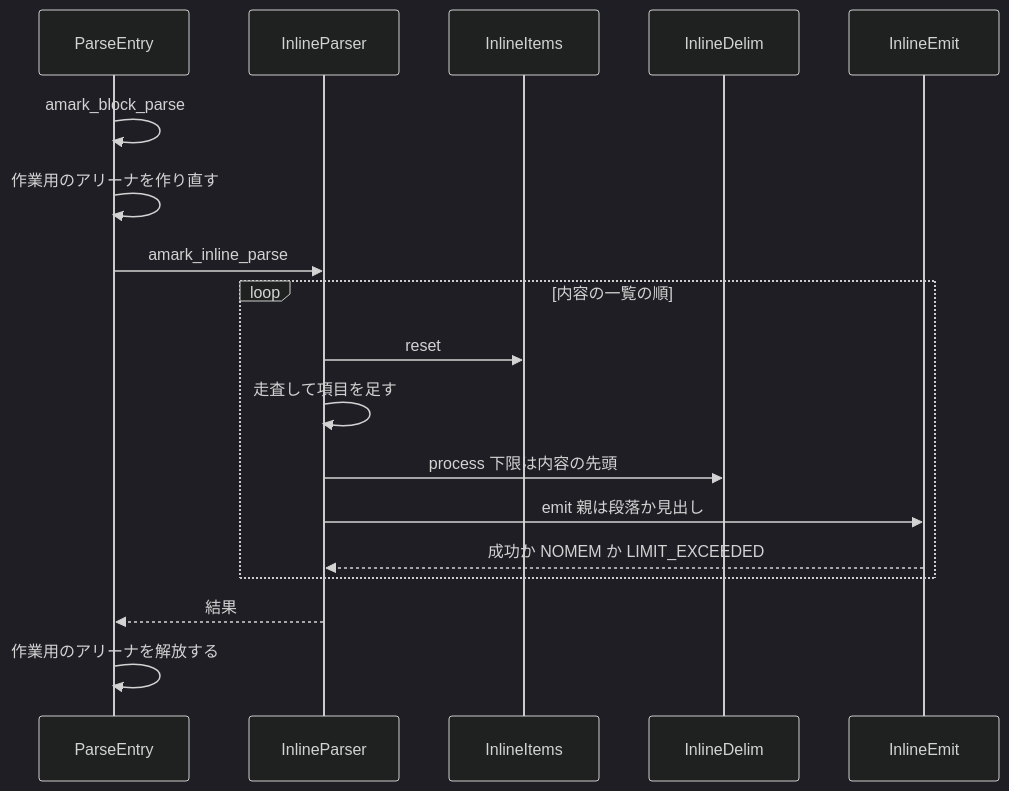
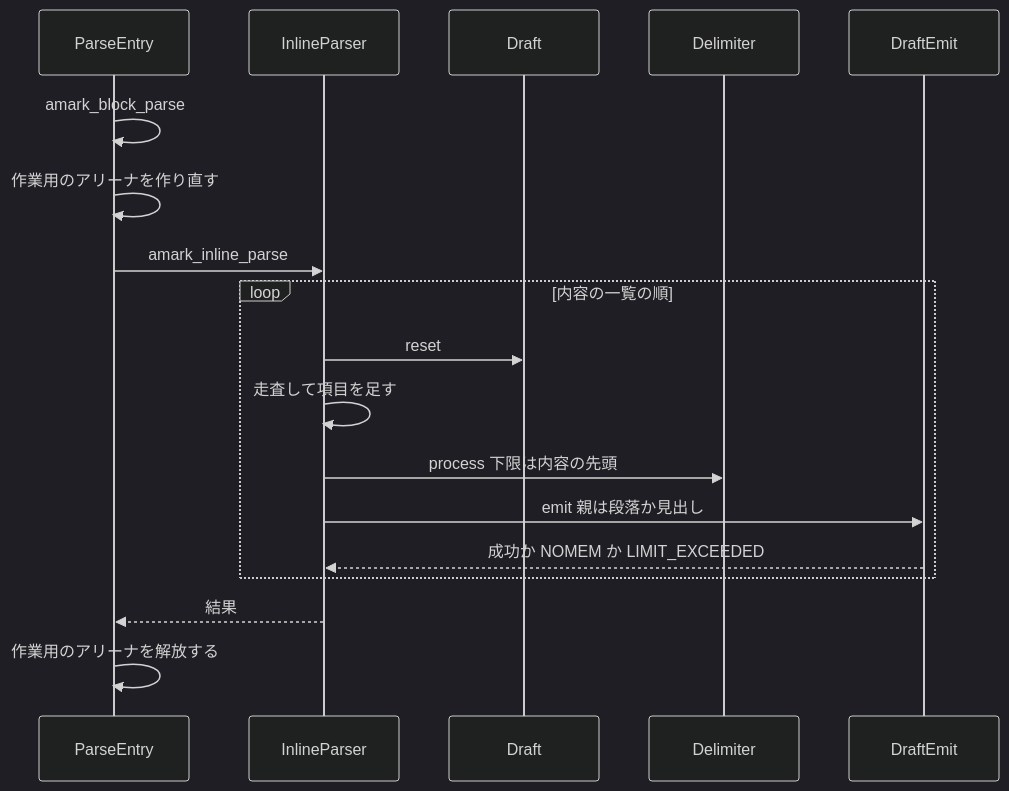
One commit to ktdevx/amark-private changed the second of 3 diagrams in .kiro/specs/inline-parser/design.md. Above: the diagram before and after it, drawn with Mermaid (dark theme). The commit also changed other lines of this file and 1 other file, not shown here.

First line of the commit message:
spec(inline-parser): ソースファイルの名前を既存のものにそろえる

````diff
--- a/.kiro/specs/inline-parser/design.md
+++ b/.kiro/specs/inline-parser/design.md
@@ -229,20 +226,20 @@
 ```mermaid
 sequenceDiagram
     participant P as ParseEntry
     participant I as InlineParser
-    participant T as InlineItems
-    participant D as InlineDelim
-    participant E as InlineEmit
+    participant T as Draft
+    participant D as Delimiter
+    participant E as DraftEmit
     P->>P: amark_block_parse
     P->>P: 作業用のアリーナを作り直す
     P->>I: amark_inline_parse
     loop 内容の一覧の順
         I->>T: reset
         I->>I: 走査して項目を足す
         I->>D: process 下限は内容の先頭
         I->>E: emit 親は段落か見出し
         E-->>I: 成功か NOMEM か LIMIT_EXCEEDED
     end
     I-->>P: 結果
     P->>P: 作業用のアリーナを解放する
 ```
````
